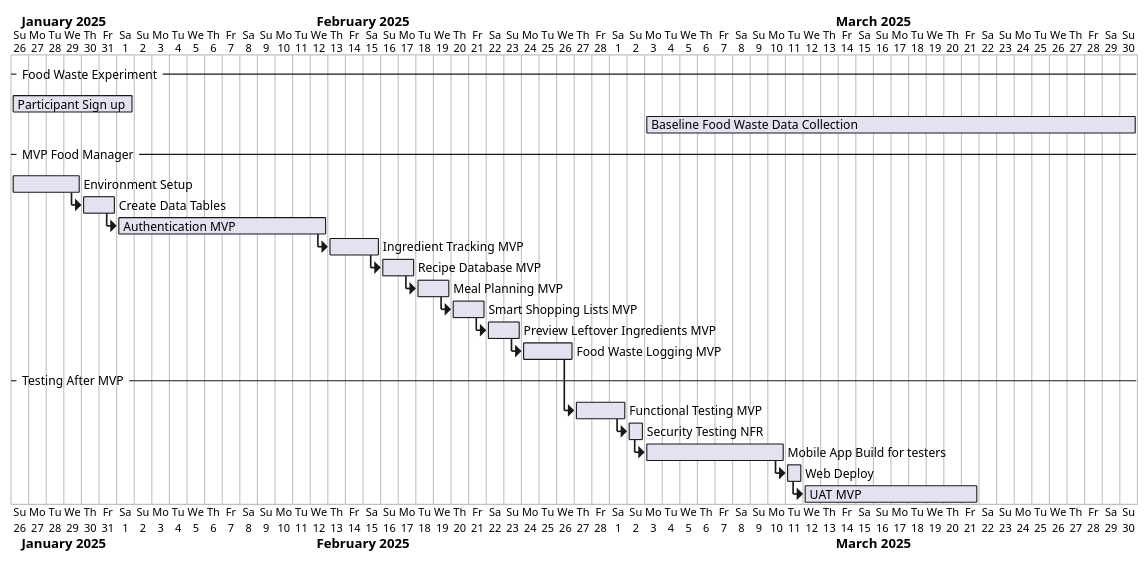
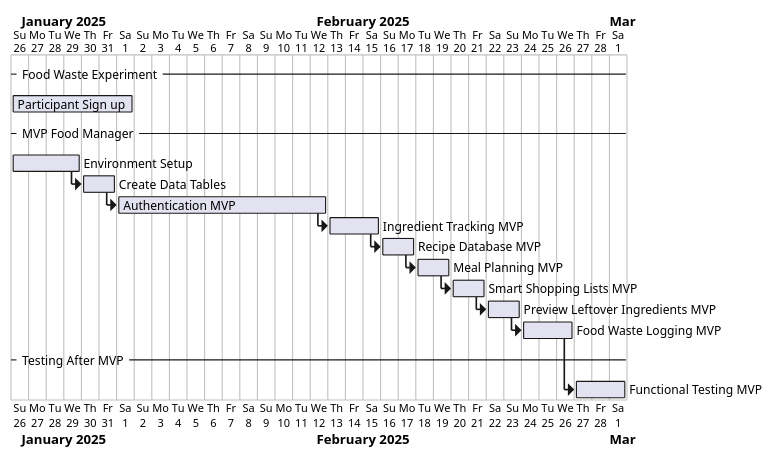
Before and after one commit to jbrun001/foodmanager: the first of 4 diagrams in documentation/final/timeline.puml, drawn with PlantUML. The commit also changed other lines of this file, not shown here.

Commit message:
split of mvp into two gant charts because too small

```diff
--- a/documentation/final/timeline.puml
+++ b/documentation/final/timeline.puml
@@ -1,26 +1,21 @@
-@startgantt MVP
+@startgantt MVP 1
 
-project starts the 2025-01-26
+project starts the 2025-01-26 
 
 -- Food Waste Experiment --
 [Participant Sign up] starts at 2024-02-17 and lasts 7 days
-[Baseline Food Waste Data Collection] starts at 2025-03-03 and ends 2025-03-30
 
 -- MVP Food Manager --
 [Environment Setup] starts at 2025-01-26 and lasts 4 days
 [Create Data Tables] starts at [Environment Setup]'s end and lasts 2 days
 [Authentication MVP] starts at [Create Data Tables]'s end and lasts 12 days
 [Ingredient Tracking MVP] starts at [Authentication MVP]'s end and lasts 3 days
 [Recipe Database MVP] starts at [Ingredient Tracking MVP]'s end and lasts 2 days
 [Meal Planning MVP] starts at [Recipe Database MVP]'s end and lasts 2 days
 [Smart Shopping Lists MVP] starts at [Meal Planning MVP]'s end and lasts 2 days
 [Preview Leftover Ingredients MVP] starts at [Smart Shopping Lists MVP]'s end and lasts 2 days
 [Food Waste Logging MVP] starts at [Preview Leftover Ingredients MVP]'s end and lasts 3 days
 
 -- Testing After MVP --
 [Functional Testing MVP] starts at [Food Waste Logging MVP]'s end and lasts 3 days
-[Security Testing NFR] starts at [Functional Testing MVP]'s end and lasts 1 days
-[Mobile App Build for testers] starts at [Security Testing NFR]'s end and lasts 8 days
-[Web Deploy] starts at [Mobile App Build for testers]'s end and lasts 1 days
-[UAT MVP] starts at [Web Deploy]'s end and lasts 10 days
 @endgantt
```
